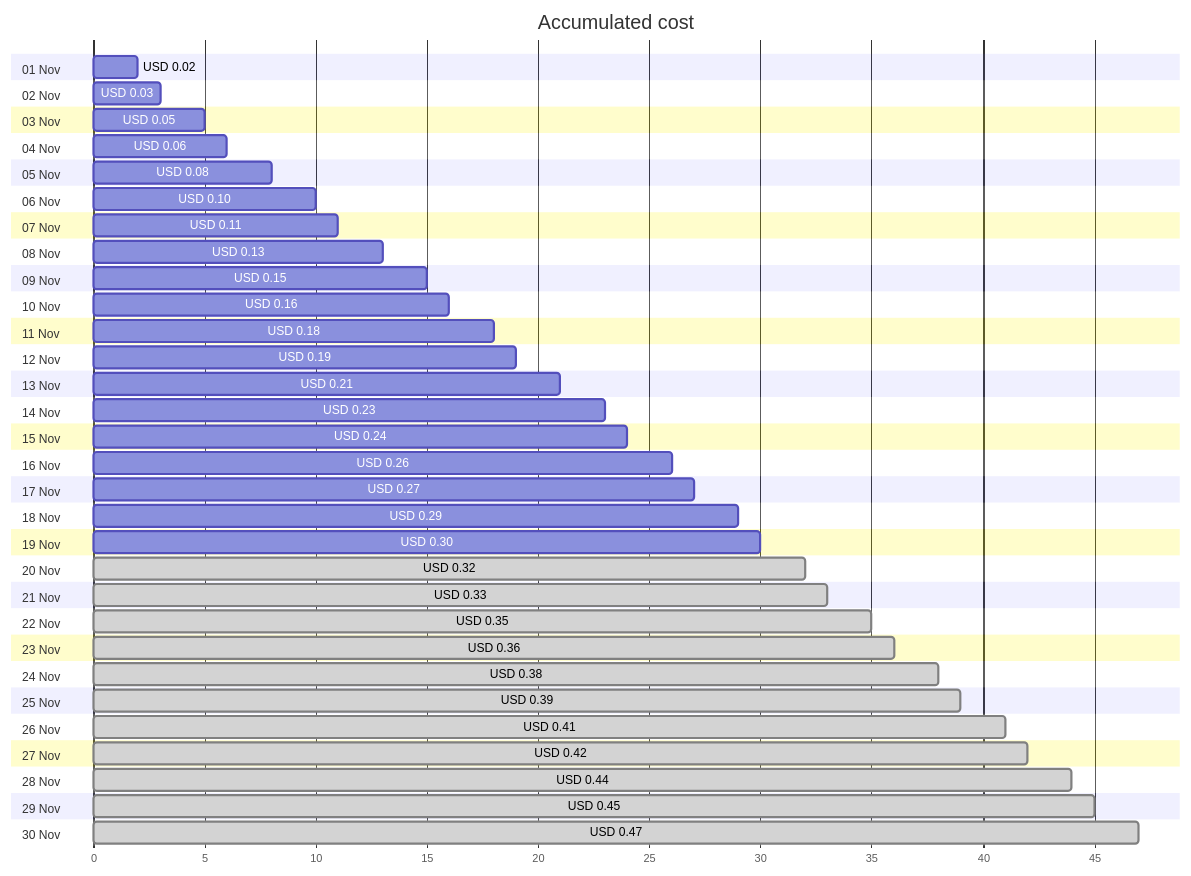
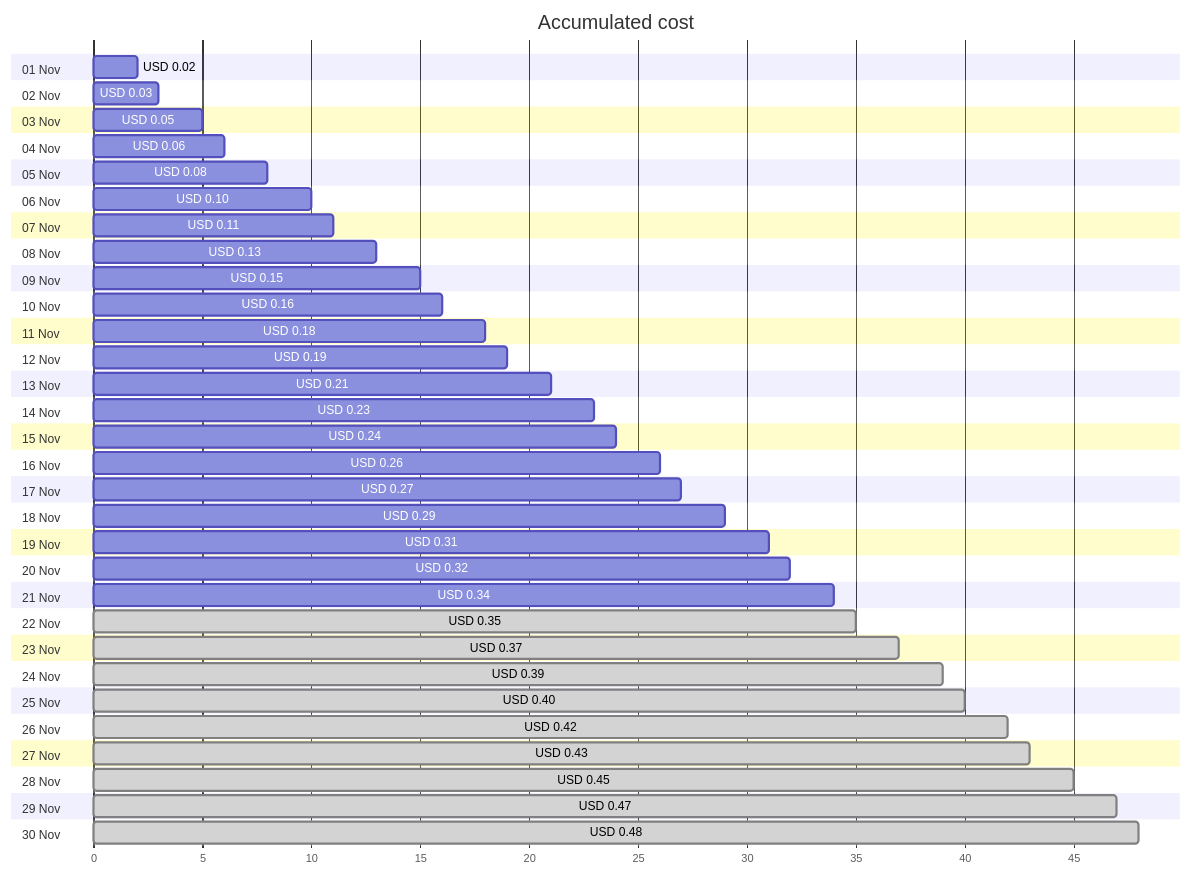
The first of 4 diagrams in cost-reports/personal-network/private.jpatrickfulton.com.md (jpfulton/azure-personal-reports), drawn with Mermaid before and after one commit. The commit also changed other lines of this file and 8 other files, not shown here.

````diff
--- a/cost-reports/personal-network/private.jpatrickfulton.com.md
+++ b/cost-reports/personal-network/private.jpatrickfulton.com.md
@@ -20,66 +20,66 @@
 ```mermaid
 gantt
    title Accumulated cost
    dateFormat  X
    axisFormat %s
    section 01 Nov
    USD 0.02 :0, 2
    section 02 Nov
    USD 0.03 :0, 3
    section 03 Nov
    USD 0.05 :0, 5
    section 04 Nov
    USD 0.06 :0, 6
    section 05 Nov
    USD 0.08 :0, 8
    section 06 Nov
    USD 0.10 :0, 10
    section 07 Nov
    USD 0.11 :0, 11
    section 08 Nov
    USD 0.13 :0, 13
    section 09 Nov
    USD 0.15 :0, 15
    section 10 Nov
    USD 0.16 :0, 16
    section 11 Nov
    USD 0.18 :0, 18
    section 12 Nov
    USD 0.19 :0, 19
    section 13 Nov
    USD 0.21 :0, 21
    section 14 Nov
    USD 0.23 :0, 23
    section 15 Nov
    USD 0.24 :0, 24
    section 16 Nov
    USD 0.26 :0, 26
    section 17 Nov
    USD 0.27 :0, 27
    section 18 Nov
    USD 0.29 :0, 29
    section 19 Nov
-   USD 0.30 :0, 30
+   USD 0.31 :0, 31
    section 20 Nov
-   USD 0.32 : done, 0, 32
+   USD 0.32 :0, 32
    section 21 Nov
-   USD 0.33 : done, 0, 33
+   USD 0.34 :0, 34
    section 22 Nov
    USD 0.35 : done, 0, 35
    section 23 Nov
-   USD 0.36 : done, 0, 36
+   USD 0.37 : done, 0, 37
    section 24 Nov
-   USD 0.38 : done, 0, 38
+   USD 0.39 : done, 0, 39
    section 25 Nov
-   USD 0.39 : done, 0, 39
+   USD 0.40 : done, 0, 40
    section 26 Nov
-   USD 0.41 : done, 0, 41
+   USD 0.42 : done, 0, 42
    section 27 Nov
-   USD 0.42 : done, 0, 42
+   USD 0.43 : done, 0, 43
    section 28 Nov
-   USD 0.44 : done, 0, 44
+   USD 0.45 : done, 0, 45
    section 29 Nov
-   USD 0.45 : done, 0, 45
+   USD 0.47 : done, 0, 47
    section 30 Nov
-   USD 0.47 : done, 0, 47
+   USD 0.48 : done, 0, 48
 ```
````
